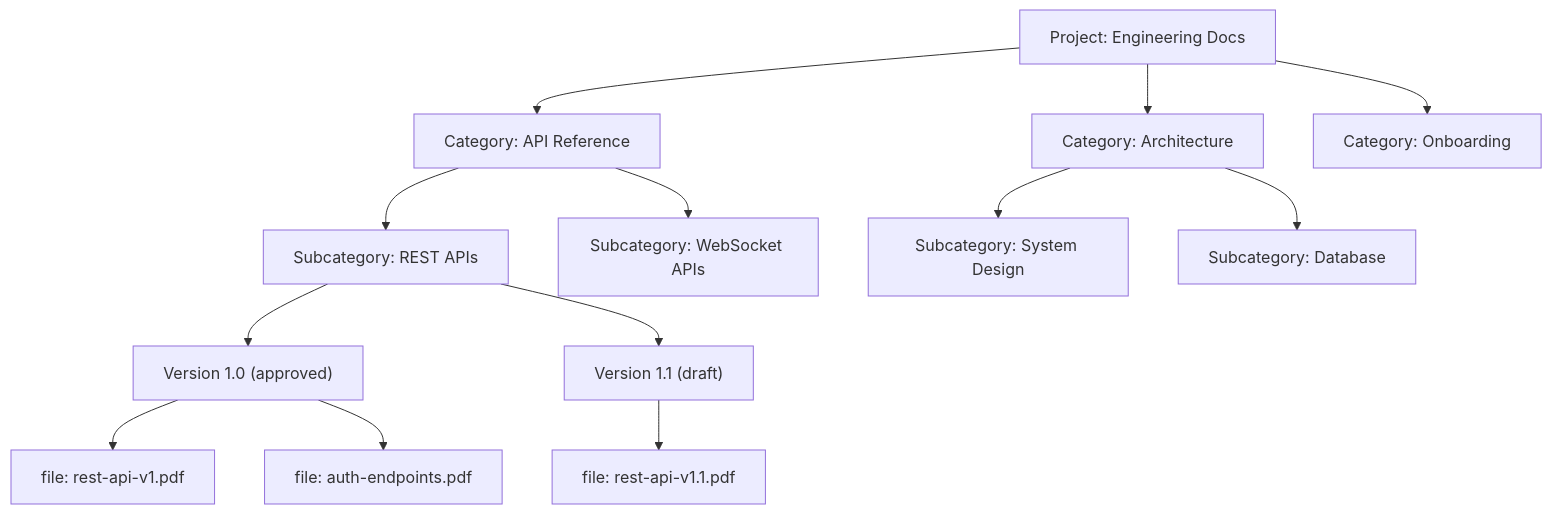
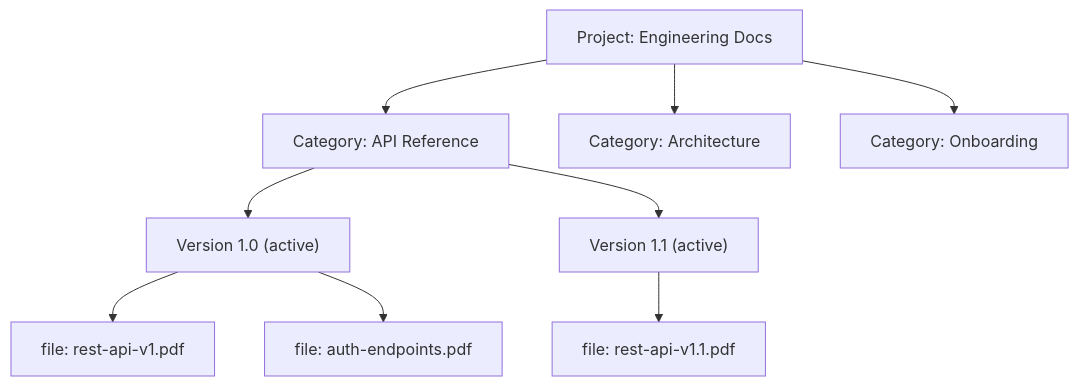
Before and after one commit to b-knowledge-solution/b-knowledge: the second of 4 diagrams in docs/basic-design/database/database-design-projects.md, drawn with Mermaid. The commit also changed other lines of this file and 5 other files, not shown here.

First line of the commit message:
docs: update all 6 database design docs to match actual migration schema

````diff
--- a/docs/basic-design/database/database-design-projects.md
+++ b/docs/basic-design/database/database-design-projects.md
@@ -103,19 +163,13 @@
 ```mermaid
 graph TD
     P["Project: Engineering Docs"]
     P --> C1["Category: API Reference"]
     P --> C2["Category: Architecture"]
     P --> C3["Category: Onboarding"]
 
-    C1 --> C1a["Subcategory: REST APIs"]
-    C1 --> C1b["Subcategory: WebSocket APIs"]
-
-    C2 --> C2a["Subcategory: System Design"]
-    C2 --> C2b["Subcategory: Database"]
-
-    C1a --> V1["Version 1.0 (approved)"]
-    C1a --> V2["Version 1.1 (draft)"]
+    C1 --> V1["Version 1.0 (active)"]
+    C1 --> V2["Version 1.1 (active)"]
     V1 --> F1["file: rest-api-v1.pdf"]
     V1 --> F2["file: auth-endpoints.pdf"]
     V2 --> F3["file: rest-api-v1.1.pdf"]
 ```
````
